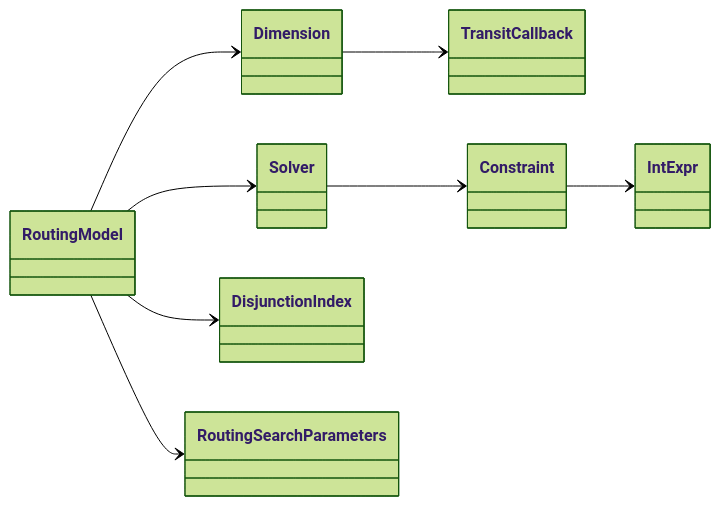
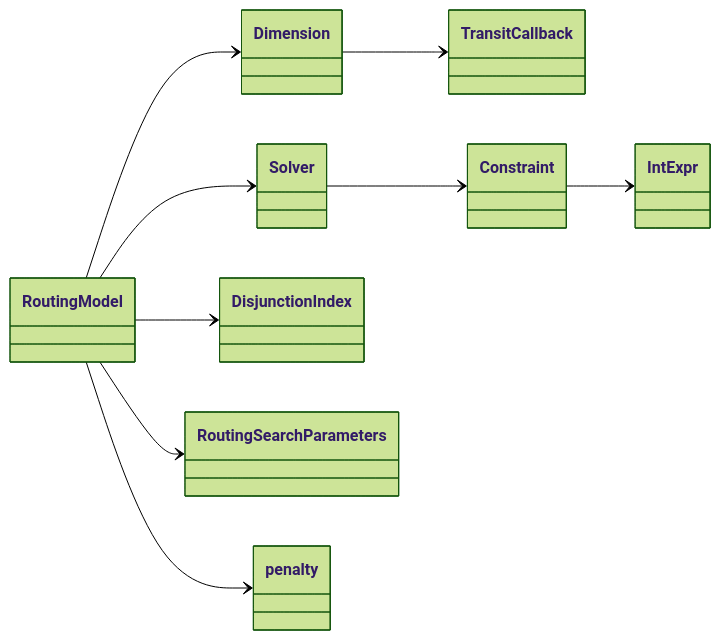
The diagram in input/index.md (prometheusalpha/or-tools-architecture), drawn with Mermaid (forest theme) before and after one commit. The commit also changed 5 other files, not shown here.

````diff
--- a/input/index.md
+++ b/input/index.md
@@ -4,11 +4,12 @@
 ```mermaid
 classDiagram
   direction LR
   RoutingModel --> Dimension
   Dimension --> TransitCallback
   RoutingModel --> Solver
   Solver --> Constraint
   Constraint --> IntExpr
   RoutingModel --> DisjunctionIndex
   RoutingModel --> RoutingSearchParameters
+  RoutingModel --> penalty
 ```
````
